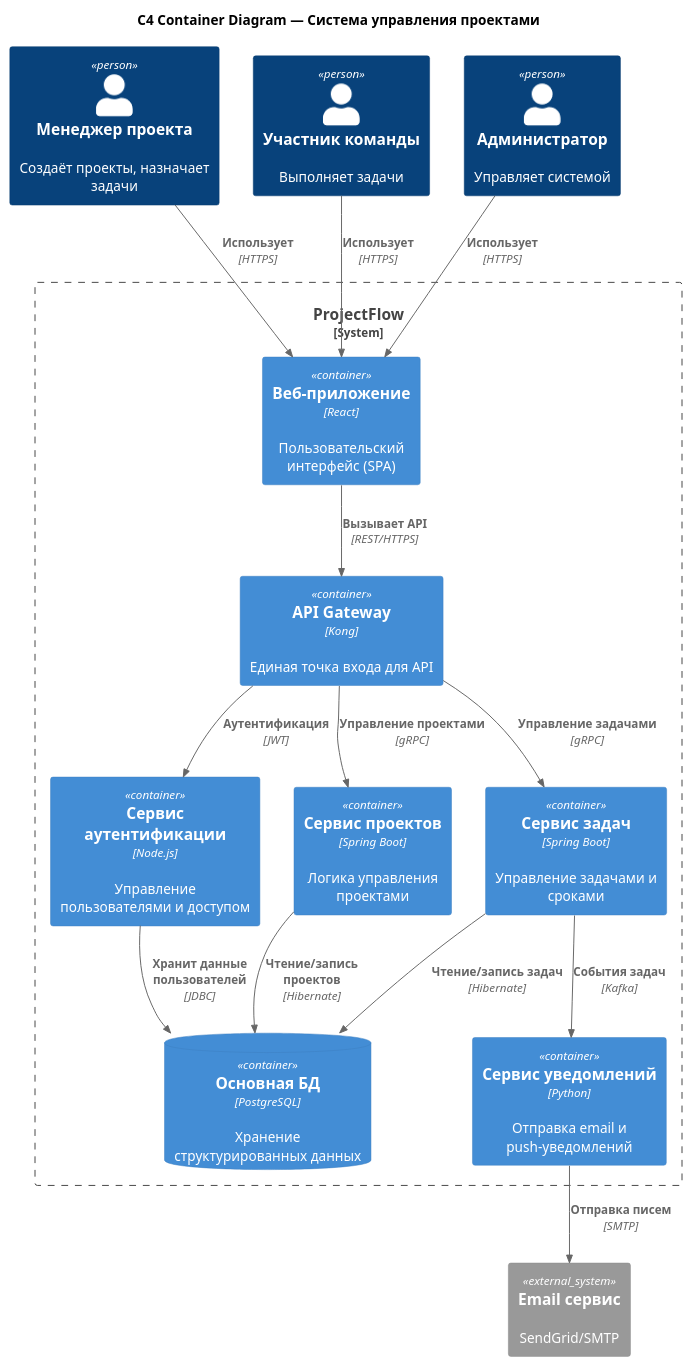
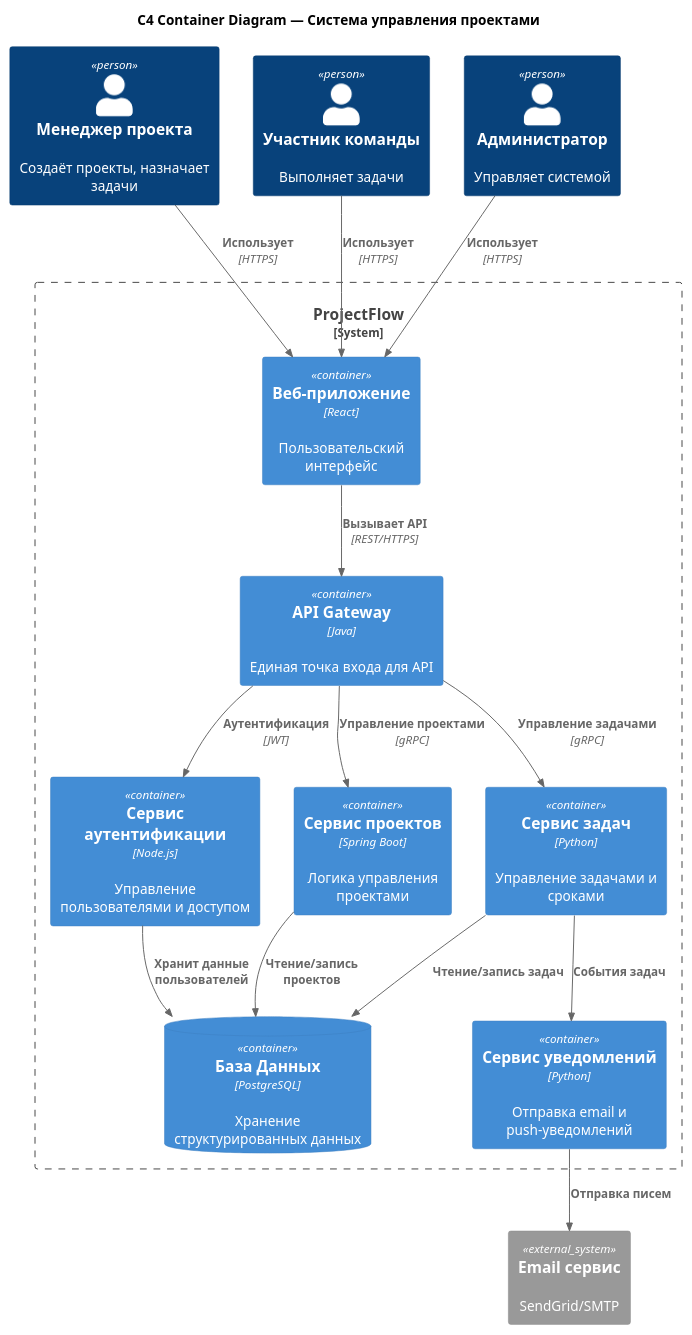
Before and after one commit to Lyudmila-55/Levchenko_analytics_practice: the diagram in practice_BA/c4_containers.puml, drawn with PlantUML.

```diff
--- a/practice_BA/c4_containers.puml
+++ b/practice_BA/c4_containers.puml
@@ -1,39 +1,39 @@
 @startuml
 !includeurl https://raw.githubusercontent.com/plantuml-stdlib/C4-PlantUML/master/C4_Container.puml
 
 title C4 Container Diagram — Система управления проектами
 
 Person(manager, "Менеджер проекта", "Создаёт проекты, назначает задачи")
 Person(member, "Участник команды", "Выполняет задачи")
 Person(admin, "Администратор", "Управляет системой")
 
 System_Boundary(s1, "ProjectFlow") {
-  Container(web_app, "Веб-приложение", "React", "Пользовательский интерфейс (SPA)")
-  Container(api_gateway, "API Gateway", "Kong", "Единая точка входа для API")
+  Container(web_app, "Веб-приложение", "React", "Пользовательский интерфейс")
+  Container(api_gateway, "API Gateway", "Java", "Единая точка входа для API")
   
   Container(auth_service, "Сервис аутентификации", "Node.js", "Управление пользователями и доступом")
   Container(project_service, "Сервис проектов", "Spring Boot", "Логика управления проектами")
-  Container(task_service, "Сервис задач", "Spring Boot", "Управление задачами и сроками")
+  Container(task_service, "Сервис задач", "Python", "Управление задачами и сроками")
   Container(notification_service, "Сервис уведомлений", "Python", "Отправка email и push-уведомлений")
   
-  ContainerDb(database, "Основная БД", "PostgreSQL", "Хранение структурированных данных")
+  ContainerDb(database, "База Данных", "PostgreSQL", "Хранение структурированных данных")
 }
 
 System_Ext(email_system, "Email сервис", "SendGrid/SMTP")
 
 Rel(manager, web_app, "Использует", "HTTPS")
 Rel(member, web_app, "Использует", "HTTPS")
 Rel(admin, web_app, "Использует", "HTTPS")
 
 Rel(web_app, api_gateway, "Вызывает API", "REST/HTTPS")
 Rel(api_gateway, auth_service, "Аутентификация", "JWT")
 Rel(api_gateway, project_service, "Управление проектами", "gRPC")
 Rel(api_gateway, task_service, "Управление задачами", "gRPC")
 
-Rel(auth_service, database, "Хранит данные пользователей", "JDBC")
-Rel(project_service, database, "Чтение/запись проектов", "Hibernate")
-Rel(task_service, database, "Чтение/запись задач", "Hibernate")
+Rel(auth_service, database, "Хранит данные пользователей")
+Rel(project_service, database, "Чтение/запись проектов")
+Rel(task_service, database, "Чтение/запись задач")
 
-Rel(task_service, notification_service, "События задач", "Kafka")
-Rel(notification_service, email_system, "Отправка писем", "SMTP")
+Rel(task_service, notification_service, "События задач")
+Rel(notification_service, email_system, "Отправка писем")
 @enduml
```
